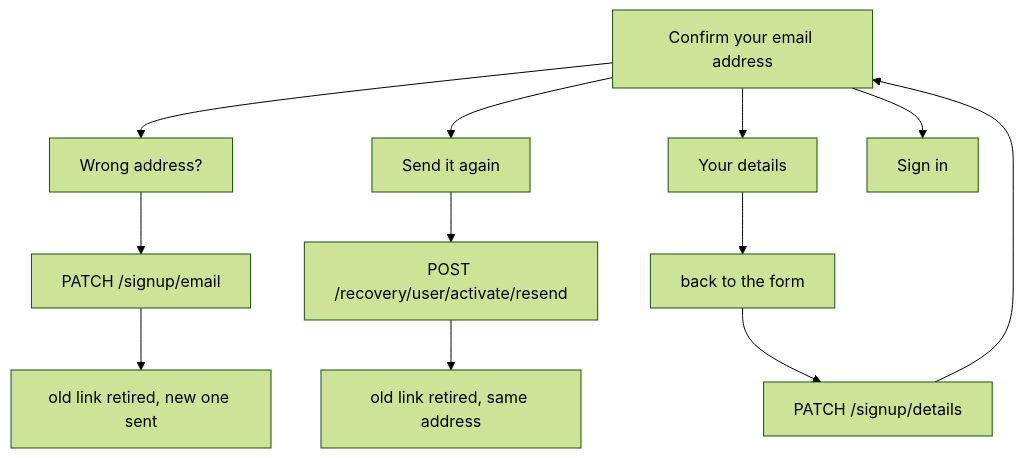
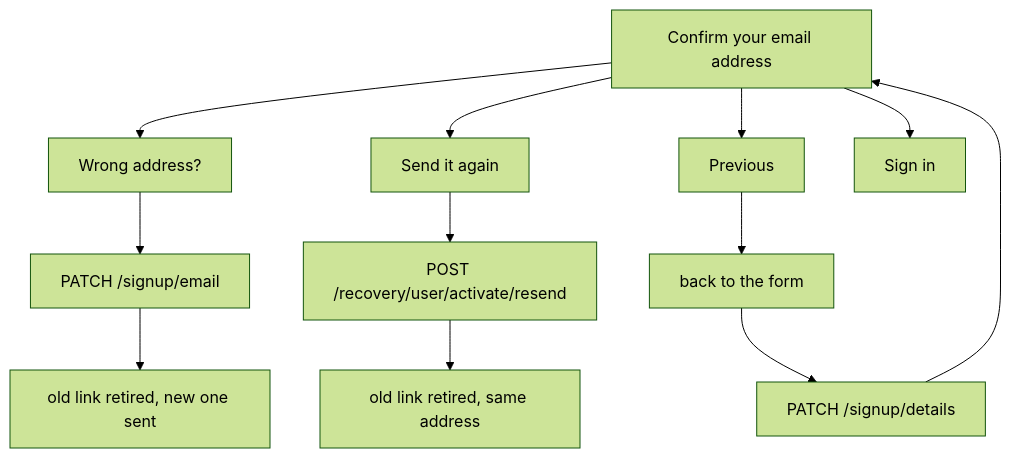
Before and after one commit to ESA-Blueshell/website: the third of 3 diagrams in docs/flows/account-creation/README.md, drawn with Mermaid (forest theme). The commit also changed other lines of this file and 10 other files, not shown here.

First line of the commit message:
refactor(signup): give the confirmation step a Previous button like every other

````diff
--- a/docs/flows/account-creation/README.md
+++ b/docs/flows/account-creation/README.md
@@ -110,14 +110,14 @@
 ```mermaid
 flowchart TD
     P["Confirm your email address"] --> C["Wrong address?"]
     P --> R["Send it again"]
-    P --> D["Your details"]
+    P --> B["Previous"]
     P --> S["Sign in"]
     C --> C1["PATCH /signup/email"]
     C1 --> C2["old link retired, new one sent"]
     R --> R1["POST /recovery/user/activate/resend"]
     R1 --> R2["old link retired, same address"]
-    D --> D1["back to the form"]
-    D1 --> D2["PATCH /signup/details"]
-    D2 --> P
+    B --> B1["back to the form"]
+    B1 --> B2["PATCH /signup/details"]
+    B2 --> P
 ```
````
